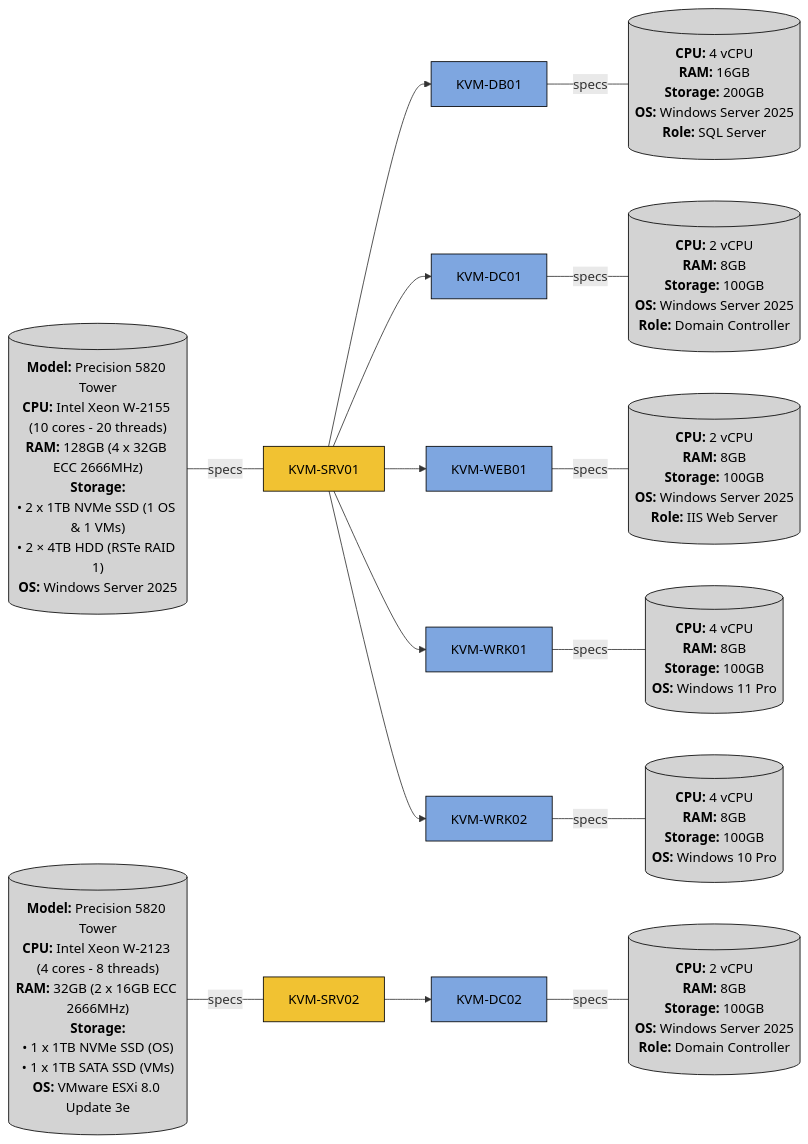
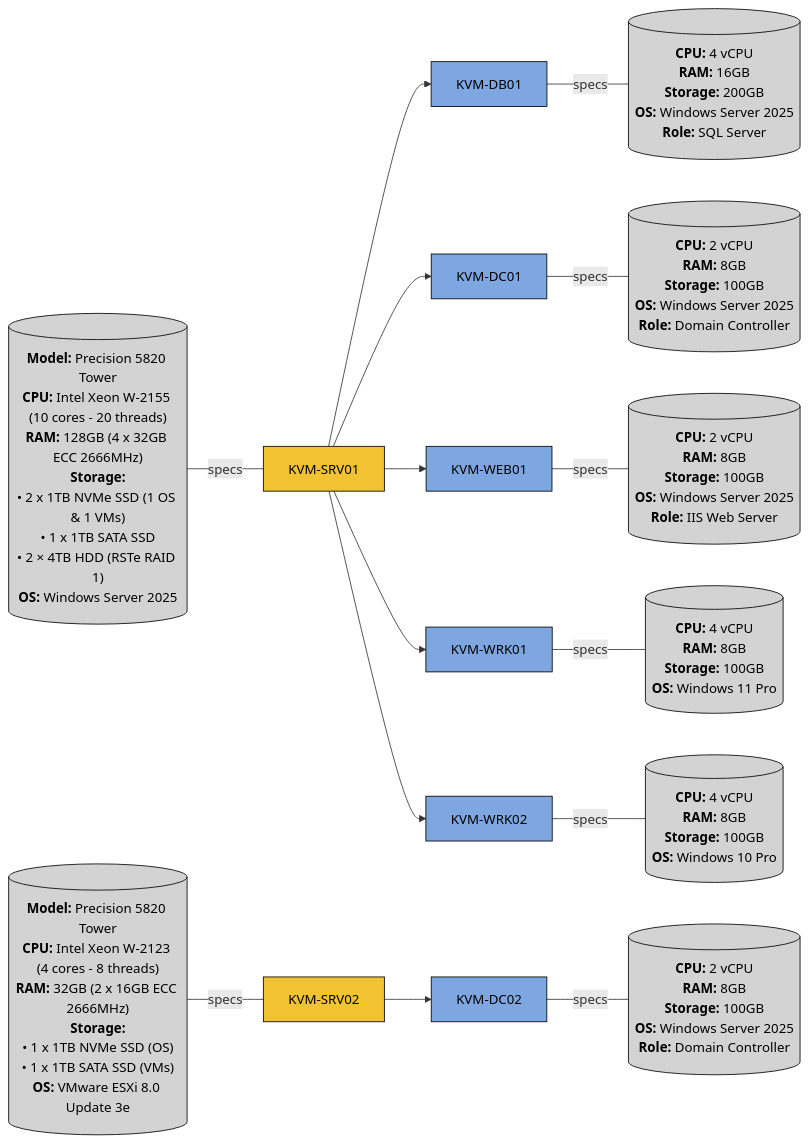
Before and after one commit to khangvum/homelab-ansible-config: the diagram in README.md, drawn with Mermaid.

Commit message:
Added 1 x 1TB SATA SSD for KVM-SRV01

````diff
--- a/README.md
+++ b/README.md
@@ -14,64 +14,65 @@
 ```mermaid
 flowchart LR
     %% 1. KVM-SRV01
     %% - Host
     SRV01_SPECS[("`**Model:** Precision 5820 Tower
         **CPU:** Intel Xeon W-2155 (10 cores - 20 threads)
         **RAM:** 128GB (4 x 32GB ECC 2666MHz)
         **Storage:**
         • 2 x 1TB NVMe SSD (1 OS & 1 VMs)
+        • 1 x 1TB SATA SSD
         • 2 × 4TB HDD (RSTe RAID 1)
         **OS:** Windows Server 2025`")] -- specs --- SRV01[KVM-SRV01]
     
     %% - VMs
     SRV01 --> DB01[KVM-DB01] -- specs --- DB01_SPECS[("`**CPU:** 4 vCPU
                                                         **RAM:** 16GB
                                                         **Storage:** 200GB
                                                         **OS:** Windows Server 2025
                                                         **Role:** SQL Server`")]
     SRV01 --> DC01[KVM-DC01] -- specs --- DC01_SPECS[("`**CPU:** 2 vCPU
                                                         **RAM:** 8GB
                                                         **Storage:** 100GB
                                                         **OS:** Windows Server 2025
                                                         **Role:** Domain Controller`")]
     SRV01 --> WEB01[KVM-WEB01] -- specs --- WEB01_SPECS[("`**CPU:** 2 vCPU
                                                             **RAM:** 8GB
                                                             **Storage:** 100GB
                                                             **OS:** Windows Server 2025
                                                             **Role:** IIS Web Server`")]
     SRV01 --> WRK01[KVM-WRK01] -- specs --- WRK01_SPECS[("`**CPU:** 4 vCPU
                                                             **RAM:** 8GB
                                                             **Storage:** 100GB
                                                             **OS:** Windows 11 Pro`")]
     SRV01 --> WRK02[KVM-WRK02] -- specs --- WRK02_SPECS[("`**CPU:** 4 vCPU
                                                             **RAM:** 8GB
                                                             **Storage:** 100GB
                                                             **OS:** Windows 10 Pro`")]
 
     
 
     %% 2. KVM-SRV02
     %% - Host
     SRV02_SPECS[("`**Model:** Precision 5820 Tower
         **CPU:** Intel Xeon W-2123 (4 cores - 8 threads)
         **RAM:** 32GB (2 x 16GB ECC 2666MHz)
         **Storage:**
         • 1 x 1TB NVMe SSD (OS)
         • 1 x 1TB SATA SSD (VMs)
         **OS:** VMware ESXi 8.0 Update 3e`")] -- specs --- SRV02[KVM-SRV02]
 
     %% - VMs
     SRV02 --> DC02[KVM-DC02] -- specs --- DC02_SPECS[("`**CPU:** 2 vCPU
                                                         **RAM:** 8GB
                                                         **Storage:** 100GB
                                                         **OS:** Windows Server 2025
                                                         **Role:** Domain Controller`")]
 
     %% Styling
     class SRV01,SRV02 hosts
     classDef hosts fill:#f1c232,stroke:#000,color:#000
     class DB01,DC01,DC02,WEB01,WRK01,WRK02 vms
     classDef vms fill:#7ea6e0,stroke:#000,color:#000
     class SRV01_SPECS,SRV02_SPECS,DB01_SPECS,DC01_SPECS,DC02_SPECS,WEB01_SPECS,WRK01_SPECS,WRK02_SPECS specs
     classDef specs fill:#d3d3d3,stroke:#000,color:#000
 ```
````
